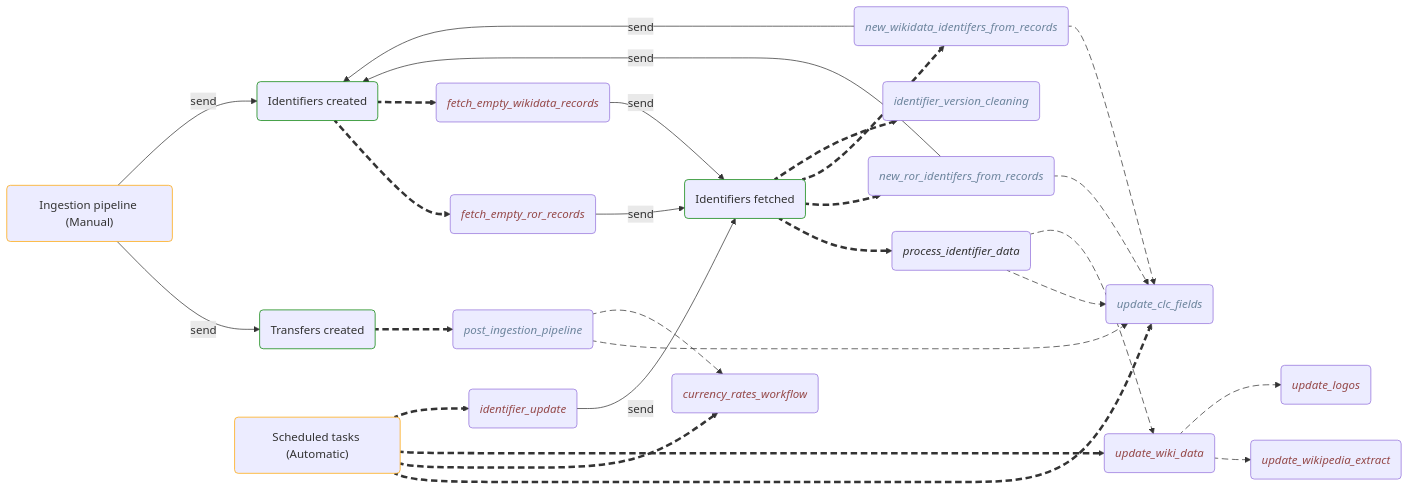
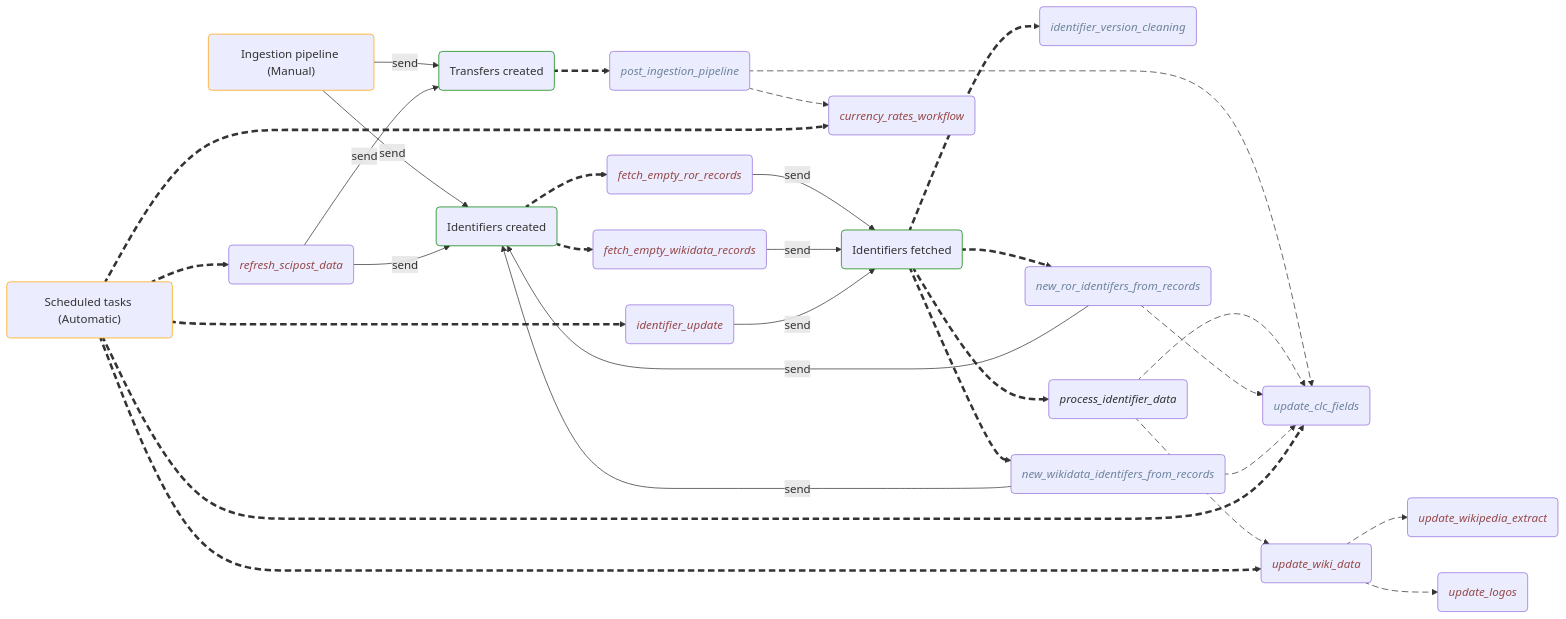
Before and after one commit to tsosi-org/tsosi-app: the fourth of 4 diagrams in backend/tsosi/data/README.md, drawn with Mermaid. The commit also changed other lines of this file and 26 other files, not shown here.

First line of the commit message:
Enable the override of data loads + automatic SciPost update (#104)

````diff
--- a/backend/tsosi/data/README.md
+++ b/backend/tsosi/data/README.md
@@ -227,8 +251,8 @@
     B("Identifiers created")
     C("Identifiers fetched")
 
-    TRIGGER_1("Scheduled tasks (Automatic)")
-    TRIGGER_2("Ingestion pipeline (Manual)")
+    TRIGGER_1("Ingestion pipeline (Manual)")
+    TRIGGER_2("Scheduled tasks (Automatic)")
 
     Ta("post_ingestion_pipeline")
     Tb("update_clc_fields")
@@ -247,12 +271,14 @@
     Tk("new_ror_identifers_from_records")
     Tl("new_wikidata_identifers_from_records")
 
+    Tu1("refresh_scipost_data")
+
 
     Tz("identifier_update")
     
 
-    TRIGGER_2 -- send --> A
-    TRIGGER_2 -- send --> B
+    TRIGGER_1 -- send --> A
+    TRIGGER_1 -- send --> B
     
     A a1@==> Ta
     Ta a18@--> Tb
@@ -284,10 +310,14 @@
     C a7@==> Tf
 
 
-    TRIGGER_1 a8@==> Tb
-    TRIGGER_1 a9@==> Tc
-    TRIGGER_1 a10@==> Th
-    TRIGGER_1 a11@==> Tz
+    TRIGGER_2 a8@==> Tb
+    TRIGGER_2 a9@==> Tc
+    TRIGGER_2 a10@==> Th
+    TRIGGER_2 a11@==> Tz
+    TRIGGER_2 a20@==> Tu1
+
+    Tu1 -- send --> A
+    Tu1 -- send --> B
 
 
     classDef signals stroke:green;
@@ -297,16 +327,16 @@
     class TRIGGER_1,TRIGGER_2 scheduled
 
     classDef task font\-style:italic;
-    class Ta,Tb,Tc,Td,Te,Tf,Tg,Th,Ti,Tj,Tk,Tl,Tm,Tn,To,Tp,Tq,Tr,Ts,Tt,Tu,Tv,Tw,Tx,Ty,Tz task;
+    class Ta,Tb,Tc,Td,Te,Tf,Tg,Th,Ti,Tj,Tk,Tl,Tm,Tn,To,Tp,Tq,Tr,Ts,Tt,Tu,Tv,Tw,Tx,Ty,Tz,Tu1 task;
 
     classDef databaseTask color:#6d859d;
     class Ta,Tb,Tf,Tk,Tl databaseTask;
 
 
     classDef apiTask color:#954949;
-    class Tc,Td,Te,Th,Ti,Tj,Tz apiTask;
+    class Tc,Td,Te,Th,Ti,Tj,Tz,Tu1 apiTask;
     
 
     classDef animate stroke-dasharray: 9\,5,stroke-dashoffset: 900,animation: dash 25s linear infinite;
-    class a1,a2,a3,a4,a5,a6,a7,a8,a9,a10,a11,a12,a13,a14,a15,a16,a17,a18,a19 animate;
+    class a1,a2,a3,a4,a5,a6,a7,a8,a9,a10,a11,a12,a13,a14,a15,a16,a17,a18,a19,a20 animate;
 ```
````
